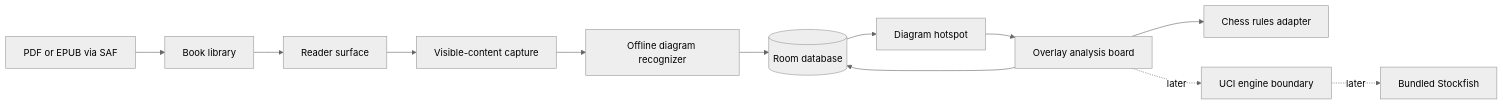
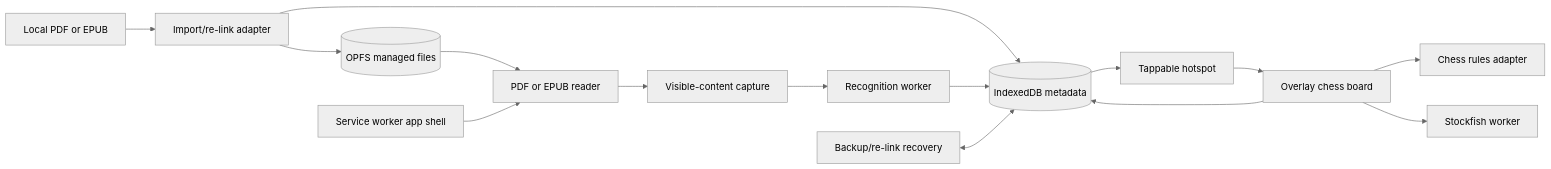
The diagram in docs/architecture.md (nino96/chess-reader), drawn with Mermaid (neutral theme) before and after one commit. The commit also changed other lines of this file and 11 other files, not shown here.

Commit message:
docs: redesign architecture for web-first PWA

````diff
--- a/docs/architecture.md
+++ b/docs/architecture.md
@@ -82,14 +47,17 @@
 ```mermaid
 flowchart LR
-    File[PDF or EPUB via SAF] --> Library[Book library]
-    Library --> Reader[Reader surface]
+    File[Local PDF or EPUB] --> Import[Import/re-link adapter]
+    Import --> Books[(OPFS managed files)]
+    Import --> Data[(IndexedDB metadata)]
+    Books --> Reader[PDF or EPUB reader]
     Reader --> Capture[Visible-content capture]
-    Capture --> Recognition[Offline diagram recognizer]
-    Recognition --> Cache[(Room database)]
-    Cache --> Hotspot[Diagram hotspot]
-    Hotspot --> Board[Overlay analysis board]
+    Capture --> Rec[Recognition worker]
+    Rec --> Data
+    Data --> Hotspot[Tappable hotspot]
+    Hotspot --> Board[Overlay chess board]
     Board --> Rules[Chess rules adapter]
-    Board --> Cache
-    Board -. later .-> UCI[UCI engine boundary]
-    UCI -. later .-> Stockfish[Bundled Stockfish]
+    Board --> Data
+    Board --> Engine[Stockfish worker]
+    Shell[Service worker app shell] --> Reader
+    Backup[Backup/re-link recovery] <--> Data
 ```
````
